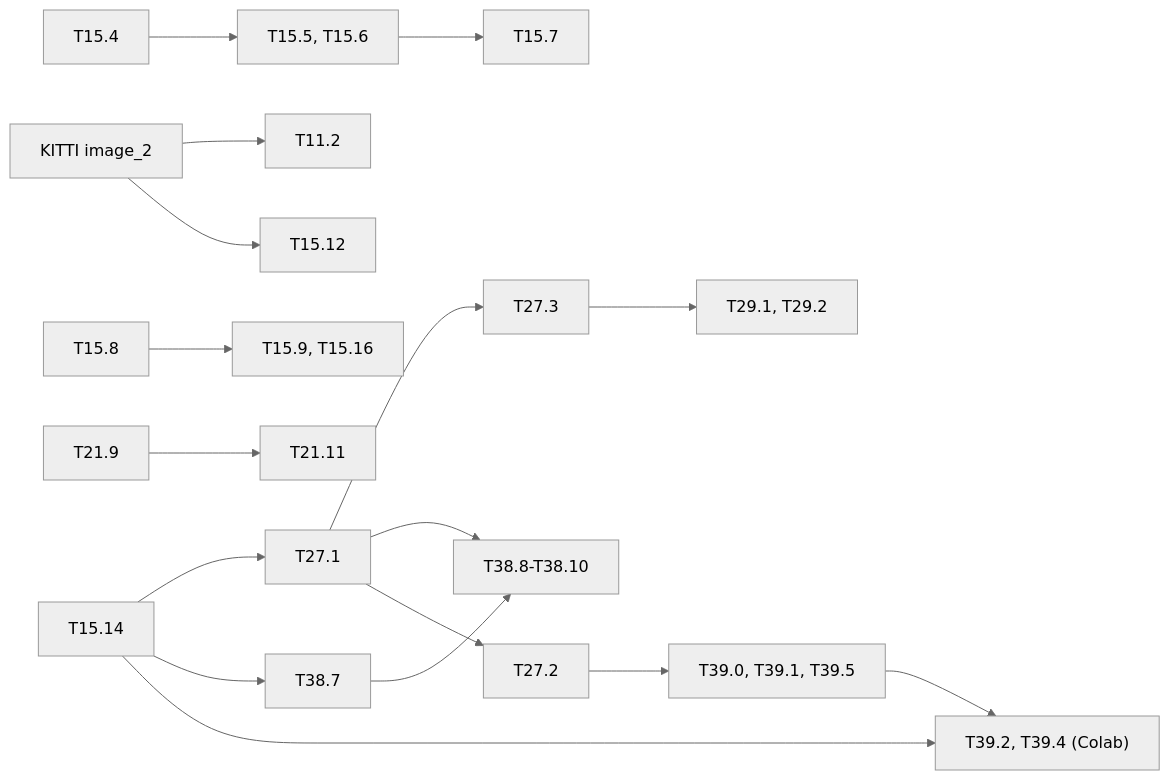
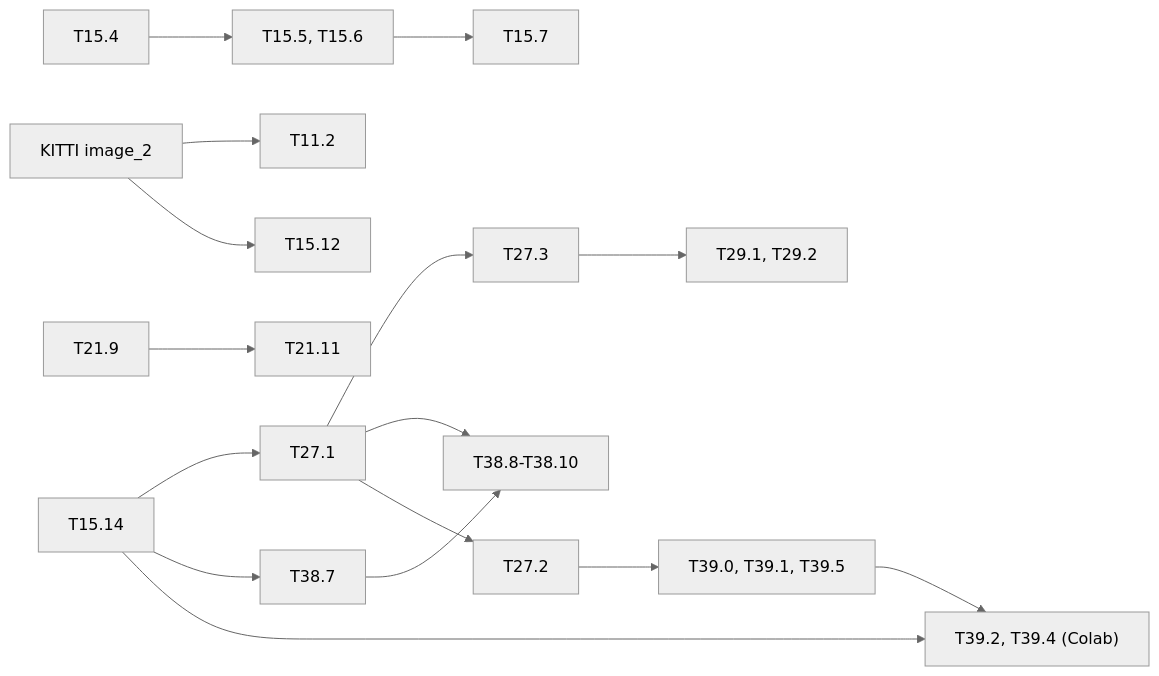
One commit to lrivals/EmbeddedComputervision changed the diagram in docs/tasks/long-runs.md. Above: the diagram before and after it, drawn with Mermaid (neutral theme). The commit also changed other lines of this file and 3 other files, not shown here.

````diff
--- a/docs/tasks/long-runs.md
+++ b/docs/tasks/long-runs.md
@@ -148,12 +147,11 @@
 ```mermaid
 graph LR
   T1514[T15.14] --> T271[T27.1] --> T273[T27.3] --> T29["T29.1, T29.2"]
   KITTI["KITTI image_2"] --> T112[T11.2] & T1512[T15.12]
   T154[T15.4] --> T155["T15.5, T15.6"] --> T157[T15.7]
-  T158[T15.8] --> T159["T15.9, T15.16"]
   T219[T21.9] --> T2111[T21.11]
   T1514 --> T387[T38.7] --> T388["T38.8-T38.10"]
   T271 --> T388
   T271 --> T272[T27.2] --> T39["T39.0, T39.1, T39.5"] --> T392["T39.2, T39.4 (Colab)"]
   T1514 --> T392
 ```
````
